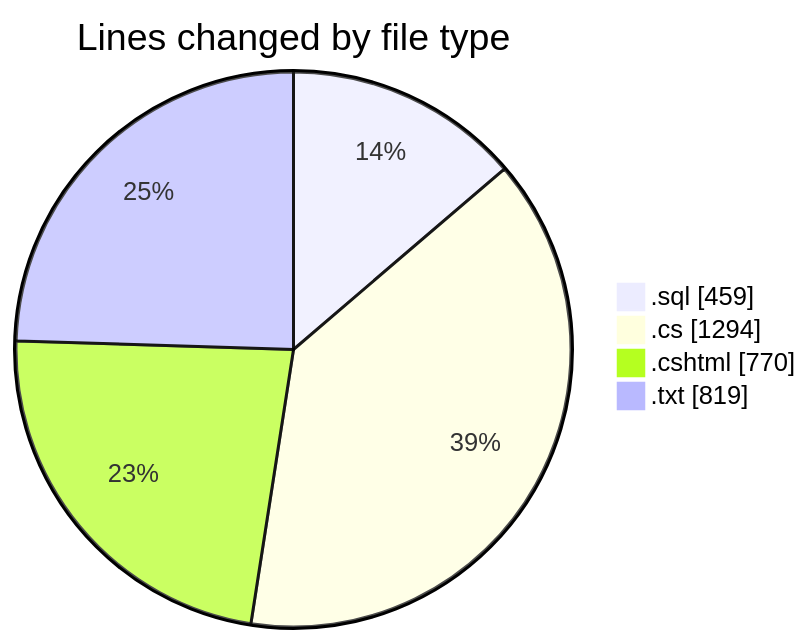
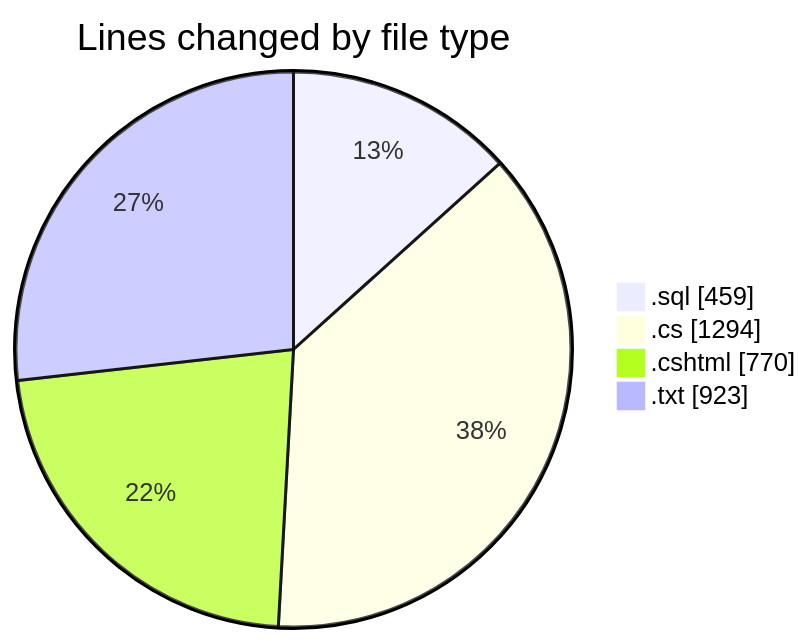
One commit to lephambinh05/code-tracking changed the first of 2 diagrams in 2025-07-23/quanlyrapchieuphim/README.md. Above: the diagram before and after it, drawn with Mermaid. The commit also changed other lines of this file and 1 other file, not shown here.

````diff
--- a/2025-07-23/quanlyrapchieuphim/README.md
+++ b/2025-07-23/quanlyrapchieuphim/README.md
@@ -27,8 +27,8 @@
 ```mermaid
 pie showData
 title Lines changed by file type
 ".sql" : 459
 ".cs" : 1294
 ".cshtml" : 770
-".txt" : 819
+".txt" : 923
 ```
````
